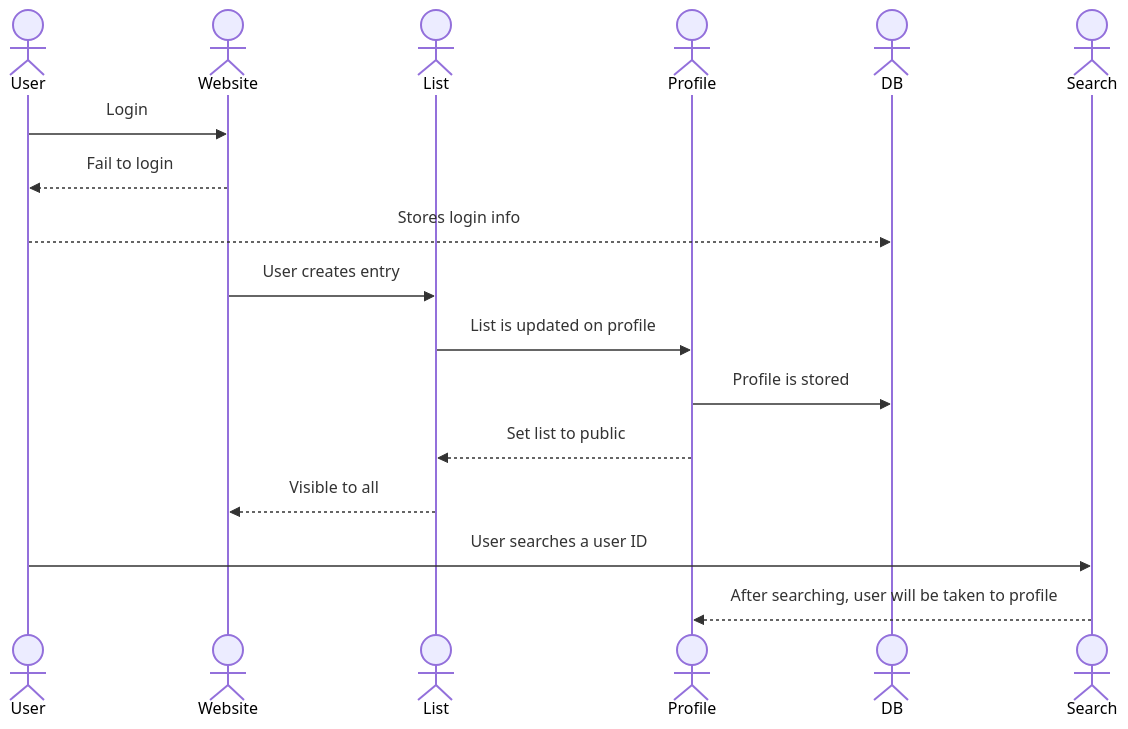
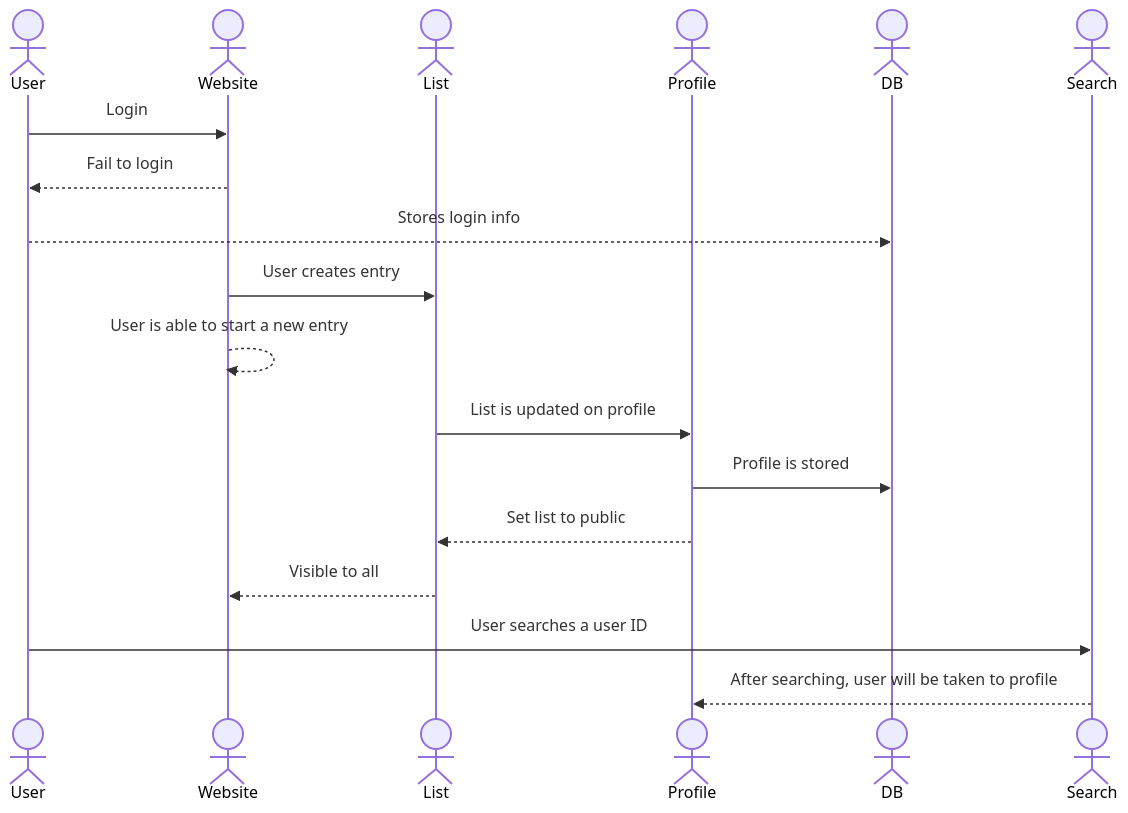
One commit to wonderbread678/startup changed the diagram in README.md. Above: the diagram before and after it, drawn with Mermaid.

Commit message:
updating more in-depth description

````diff
--- a/README.md
+++ b/README.md
@@ -42,23 +42,24 @@
 ```mermaid
 sequenceDiagram
     actor User
     actor Website
     actor List
     actor Profile
     actor DB
     actor Search
 
 
     User->>Website: Login
     Website-->>User: Fail to login
     User-->>DB: Stores login info
     Website->>List: User creates entry
+    Website-->>Website: User is able to start a new entry
     List->>Profile: List is updated on profile
     Profile->>DB: Profile is stored
     Profile-->>List: Set list to public
     List-->>Website: Visible to all
     User->>Search: User searches a user ID
     Search-->>Profile: After searching, user will be taken to profile
 
     
 ```
````
